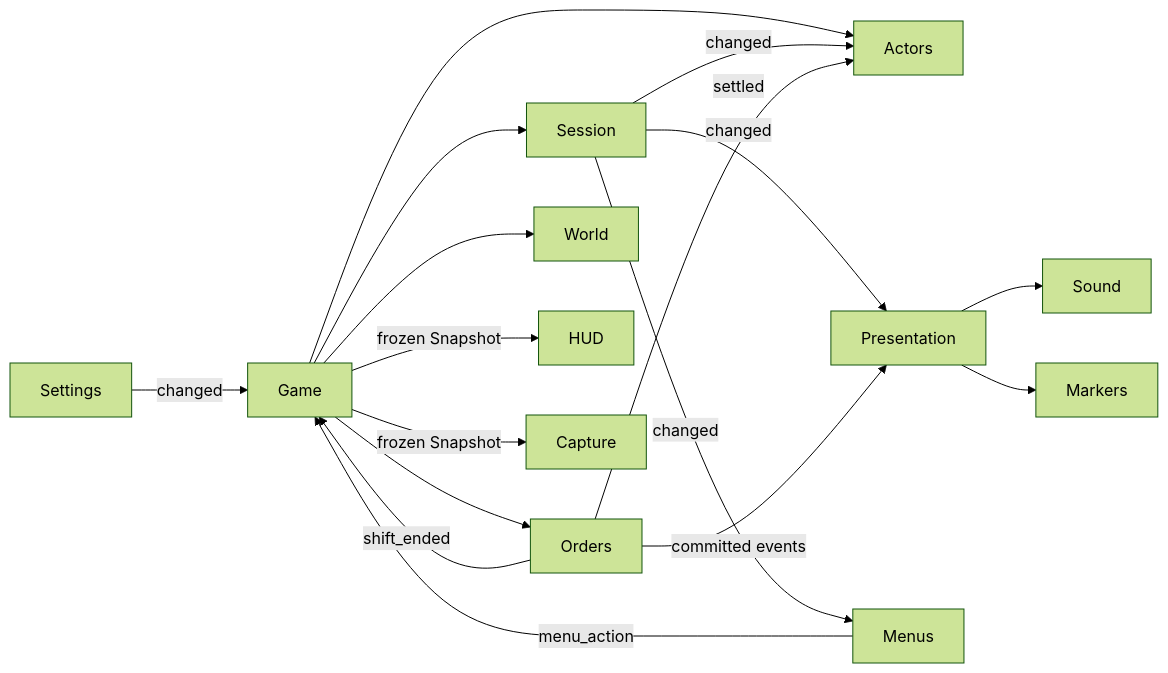
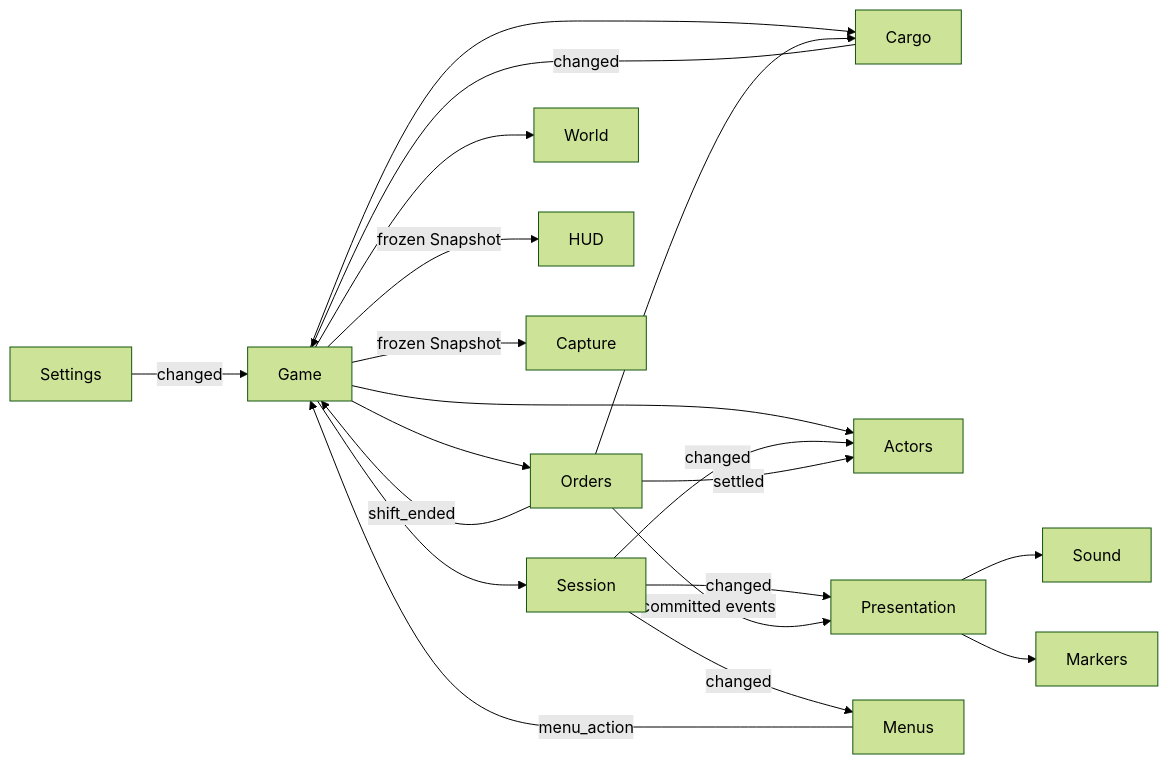
One commit to tonystarkluvyou3000t-create/Paperish changed the diagram in docs/ARCHITECTURE.md. Above: the diagram before and after it, drawn with Mermaid (forest theme). The commit also changed other lines of this file and 27 other files, not shown here.

Commit message:
Implement Phase 08 physical cargo orders

````diff
--- a/docs/ARCHITECTURE.md
+++ b/docs/ARCHITECTURE.md
@@ -27,19 +27,22 @@
 ```mermaid
 flowchart LR
   Game --> Session
   Game --> Orders
+  Game --> Cargo
   Game --> Actors
   Game --> World
+  Orders --> Cargo
   Session -- changed --> Actors
   Session -- changed --> Presentation
   Session -- changed --> Menus
   Menus -- menu_action --> Game
   Settings -- changed --> Game
   Orders -- committed events --> Presentation
+  Cargo -- changed --> Game
   Orders -- settled --> Actors
   Orders -- shift_ended --> Game
   Presentation --> Sound
   Presentation --> Markers
   Game -- frozen Snapshot --> HUD
   Game -- frozen Snapshot --> Capture
 ```
````
